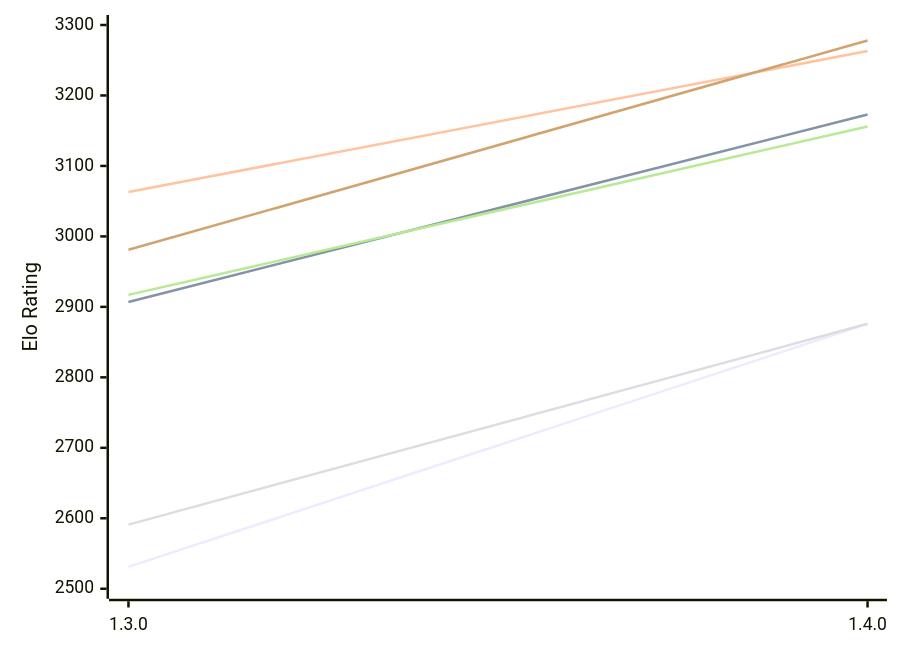
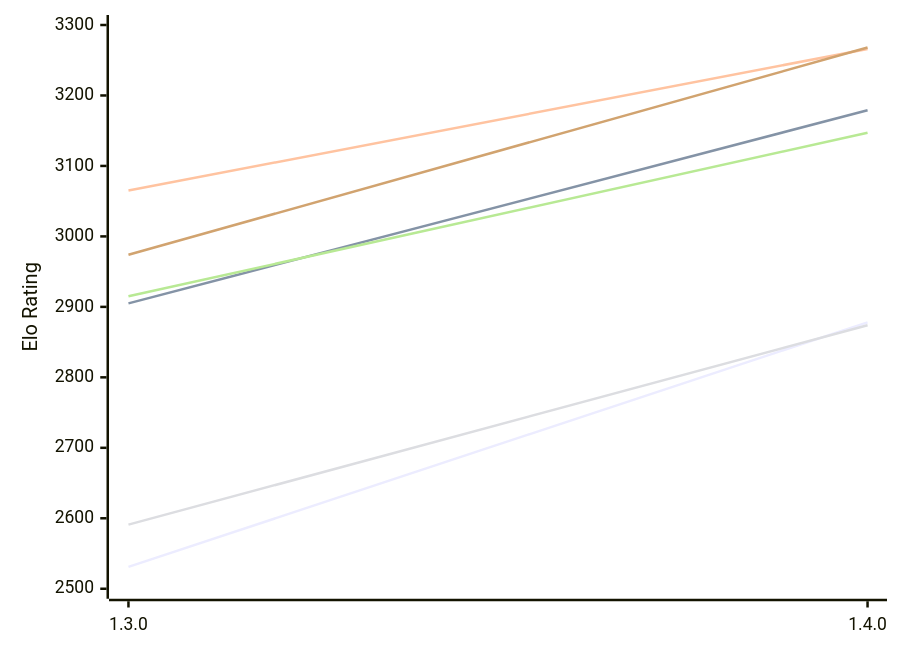
One commit to computer-chess-index/cci changed the first of 2 diagrams in engines/Ember.md. Above: the diagram before and after it, drawn with Mermaid. The commit also changed other lines of this file, not shown here.

Commit message:
Update CCI Ratings (ELO VLTC) - 2026-11-15

````diff
--- a/engines/Ember.md
+++ b/engines/Ember.md
@@ -51,12 +51,12 @@
 ```mermaid
 %%{init: {"theme":"base","themeVariables":{"seriesColors:['#a3a3a3','#222221','#faa371']}}}%%
 xychart-beta
   x-axis ["1.3.0", "1.4.0"]
   y-axis "Elo Rating" 2500 --> 3300
-  line "E1: STC (8.0+0.08s)" [2531, 2876]
-  line "E1: LTC (60.0+0.60s)" [2907, 3173]
-  line "E1: VLTC (2m24s+1.12s)" [3063, 3263]
-  line "P1: STC (8.0+0.08s)" [2591, 2876]
-  line "P1: LTC (60.0+0.60s)" [2917, 3156]
-  line "P1: VLTC (2m24s+1.12s)" [2981, 3278]
+  line "E1: STC (8.0+0.08s)" [2531, 2878]
+  line "E1: LTC (60.0+0.60s)" [2905, 3179]
+  line "E1: VLTC (2m24s+1.12s)" [3065, 3266]
+  line "P1: STC (8.0+0.08s)" [2591, 2874]
+  line "P1: LTC (60.0+0.60s)" [2915, 3147]
+  line "P1: VLTC (2m24s+1.12s)" [2974, 3268]
 ```
````
